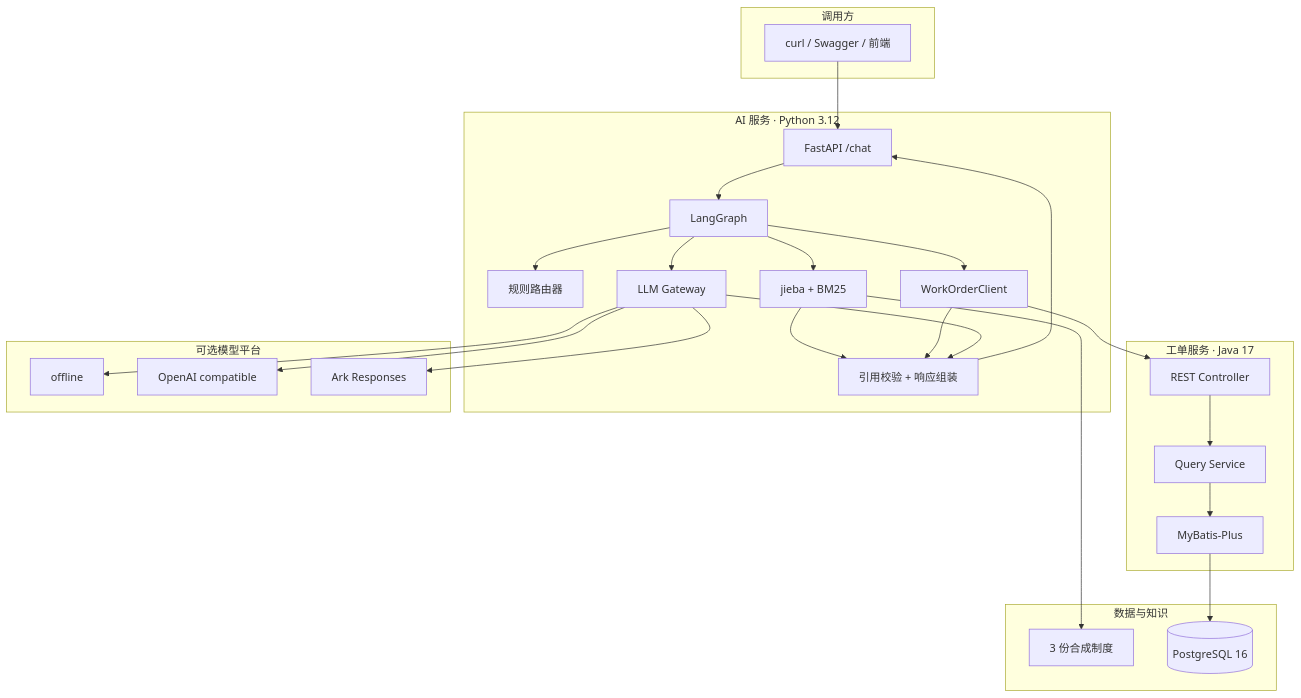
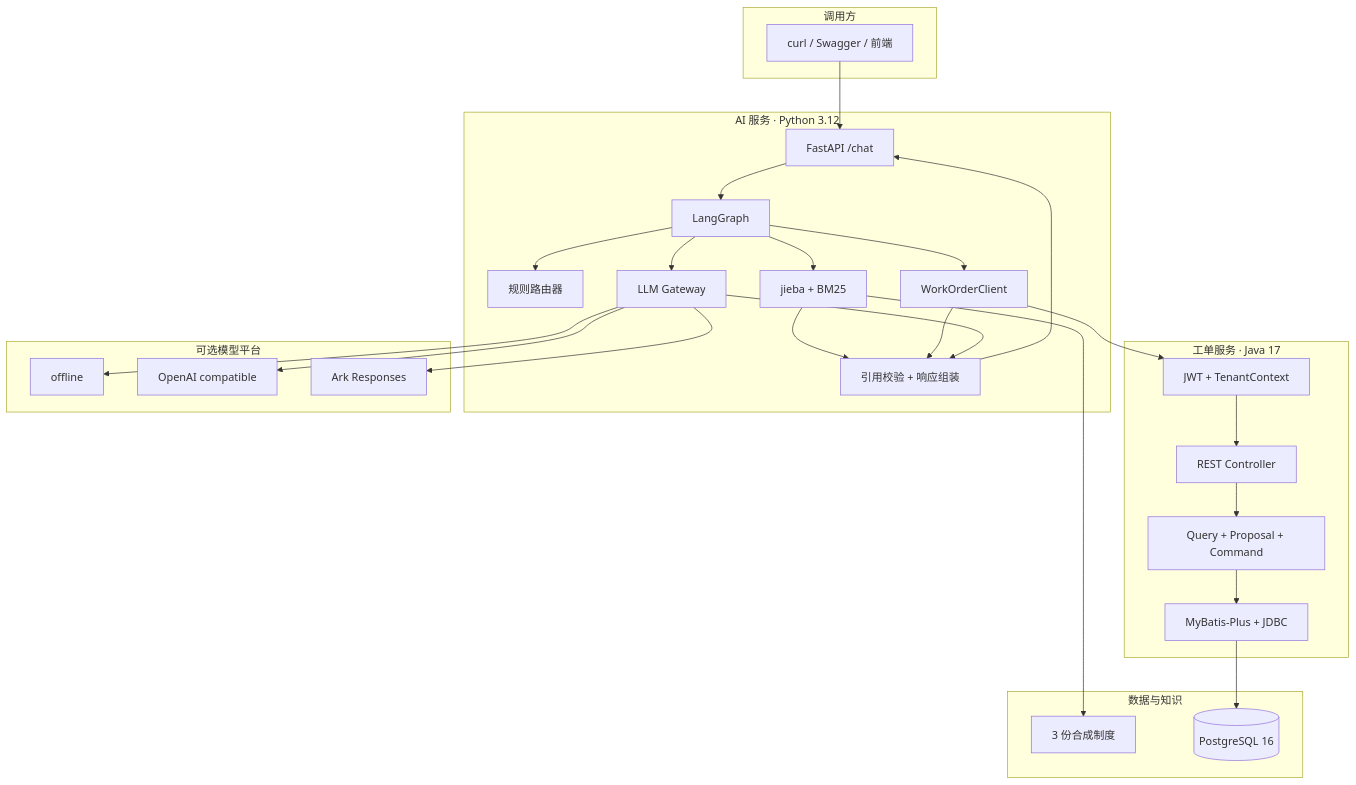
One commit to tang119238/enterprise-work-order-ai-assistant changed the first of 3 diagrams in docs/architecture.md. Above: the diagram before and after it, drawn with Mermaid. The commit also changed other lines of this file and 5 other files, not shown here.

````diff
--- a/docs/architecture.md
+++ b/docs/architecture.md
@@ -36,45 +40,46 @@
 ```mermaid
 flowchart TB
     subgraph Client["调用方"]
         C1["curl / Swagger / 前端"]
     end
 
     subgraph AI["AI 服务 · Python 3.12"]
         API["FastAPI /chat"]
         GRAPH["LangGraph"]
         ROUTER["规则路由器"]
         RETRIEVER["jieba + BM25"]
         TOOL["WorkOrderClient"]
         GATEWAY["LLM Gateway"]
         VALIDATOR["引用校验 + 响应组装"]
     end
 
     subgraph Java["工单服务 · Java 17"]
+        SECURITY["JWT + TenantContext"]
         CONTROLLER["REST Controller"]
-        SERVICE["Query Service"]
-        MAPPER["MyBatis-Plus"]
+        SERVICE["Query + Proposal + Command"]
+        MAPPER["MyBatis-Plus + JDBC"]
     end
 
     subgraph Data["数据与知识"]
         POLICY["3 份合成制度"]
         DB[("PostgreSQL 16")]
     end
 
     subgraph Providers["可选模型平台"]
         OFFLINE["offline"]
         COMPAT["OpenAI compatible"]
         ARK["Ark Responses"]
     end
 
     C1 --> API --> GRAPH
     GRAPH --> ROUTER
     GRAPH --> RETRIEVER --> POLICY
-    GRAPH --> TOOL --> CONTROLLER --> SERVICE --> MAPPER --> DB
+    GRAPH --> TOOL --> SECURITY --> CONTROLLER --> SERVICE --> MAPPER --> DB
     GRAPH --> GATEWAY
     GATEWAY --> OFFLINE
     GATEWAY --> COMPAT
     GATEWAY --> ARK
     RETRIEVER --> VALIDATOR
     TOOL --> VALIDATOR
     GATEWAY --> VALIDATOR --> API
 ```
````
